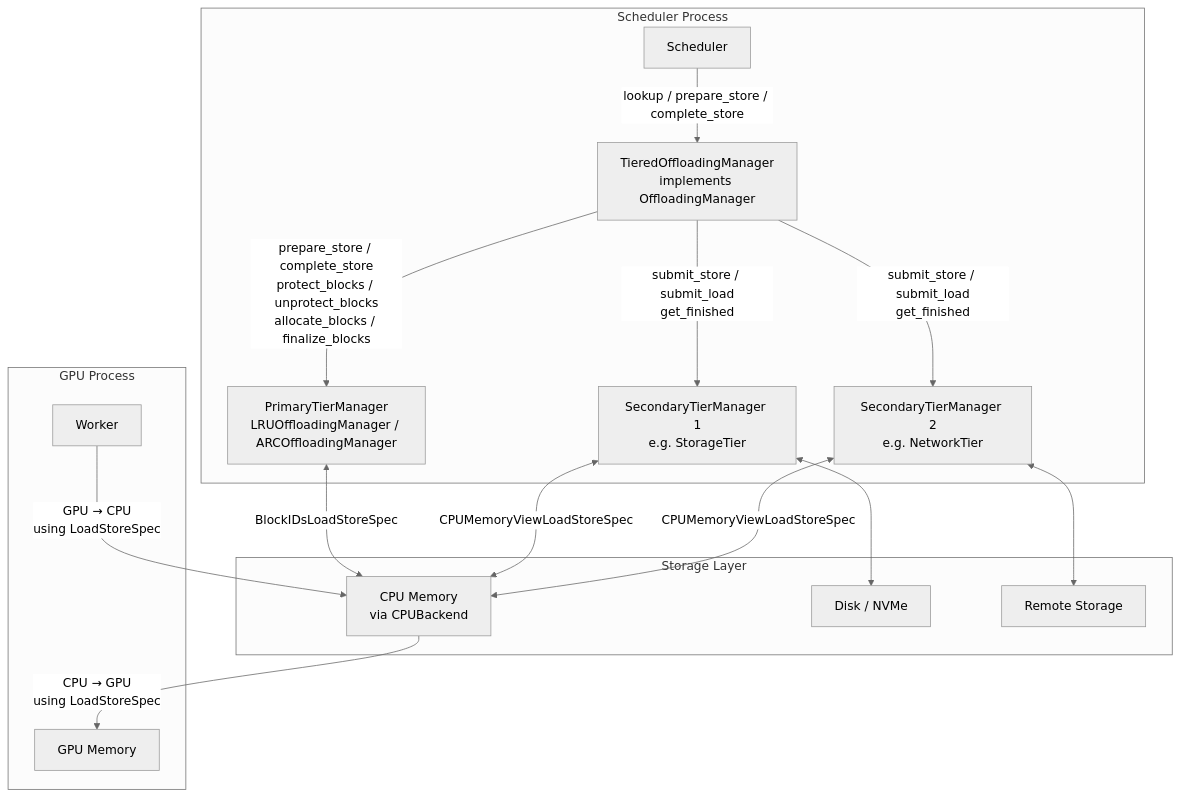
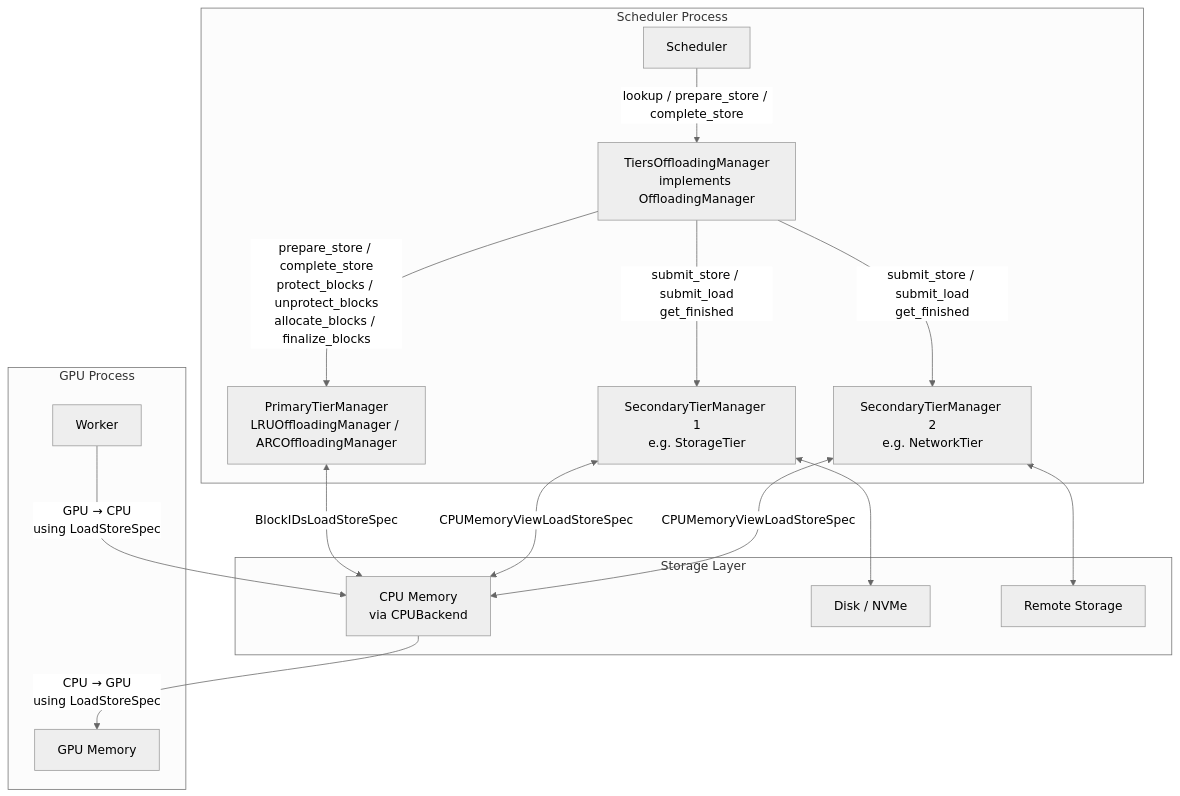
The second of 6 diagrams in vllm/v1/kv_offload/tiered_offloading.md (rshavitt/vllm), drawn with Mermaid (neutral theme) before and after one commit. The commit also changed other lines of this file and 7 other files, not shown here.

Commit message:
Rename Tiered* -> Tiers*

````diff
--- a/vllm/v1/kv_offload/tiered_offloading.md
+++ b/vllm/v1/kv_offload/tiered_offloading.md
@@ -653,35 +665,35 @@
 ```mermaid
 graph TD
     subgraph Scheduler Process
         S[Scheduler]
-        TOM[TieredOffloadingManager\nimplements OffloadingManager]
+        TOM[TiersOffloadingManager\nimplements OffloadingManager]
         PT[PrimaryTierManager\nLRUOffloadingManager / ARCOffloadingManager]
         ST1[SecondaryTierManager 1\ne.g. StorageTier]
         ST2[SecondaryTierManager 2\ne.g. NetworkTier]
     end
 
     subgraph Storage Layer
         CPU[CPU Memory\nvia CPUBackend]
         DISK[Disk / NVMe]
         NET[Remote Storage]
     end
 
     subgraph GPU Process
         GPU[GPU Memory]
         W[Worker]
     end
 
     S -->|lookup / prepare_store / complete_store| TOM
     TOM -->|prepare_store / complete_store\nprotect_blocks / unprotect_blocks\nallocate_blocks / finalize_blocks| PT
     TOM -->|submit_store / submit_load\nget_finished| ST1
     TOM -->|submit_store / submit_load\nget_finished| ST2
 
     PT <-->|BlockIDsLoadStoreSpec| CPU
     ST1 <-->|CPUMemoryViewLoadStoreSpec| CPU
     ST2 <-->|CPUMemoryViewLoadStoreSpec| CPU
     ST1 <--> DISK
     ST2 <--> NET
 
     W -->|GPU → CPU\nusing LoadStoreSpec| CPU
     CPU -->|CPU → GPU\nusing LoadStoreSpec| GPU
 ```
````
